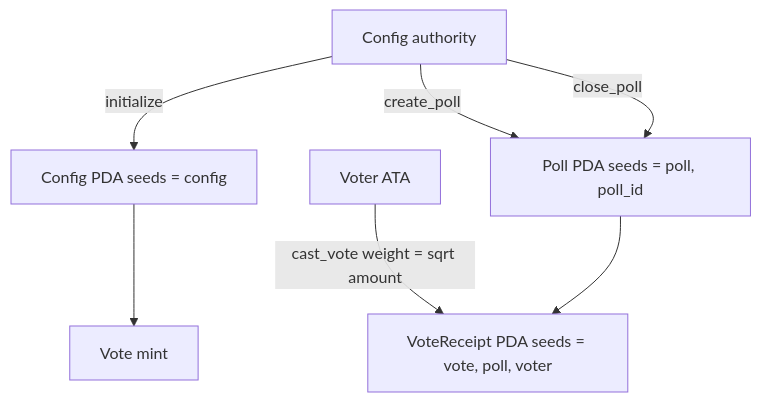
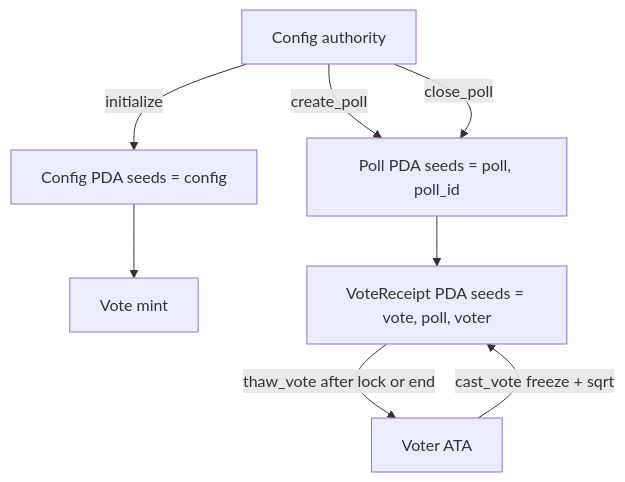
Before and after one commit to klisman/ledger-vote-solana: the diagram in README.md, drawn with Mermaid. The commit also changed other lines of this file and 28 other files, not shown here.

First line of the commit message:
Freeze the voter ATA on cast_vote so the same token pile cannot be voted again.

````diff
--- a/README.md
+++ b/README.md
@@ -40,16 +40,17 @@
 ```mermaid
 flowchart TD
   authority[Config authority]
   config["Config PDA seeds = config"]
   mint[Vote mint]
   poll["Poll PDA seeds = poll, poll_id"]
   ata[Voter ATA]
   receipt["VoteReceipt PDA seeds = vote, poll, voter"]
 
   authority -->|initialize| config
   config --> mint
   authority -->|create_poll| poll
-  ata -->|cast_vote weight = sqrt amount| receipt
+  ata -->|cast_vote freeze + sqrt| receipt
   poll --> receipt
+  receipt -->|thaw_vote after lock or end| ata
   authority -->|close_poll| poll
 ```
````
